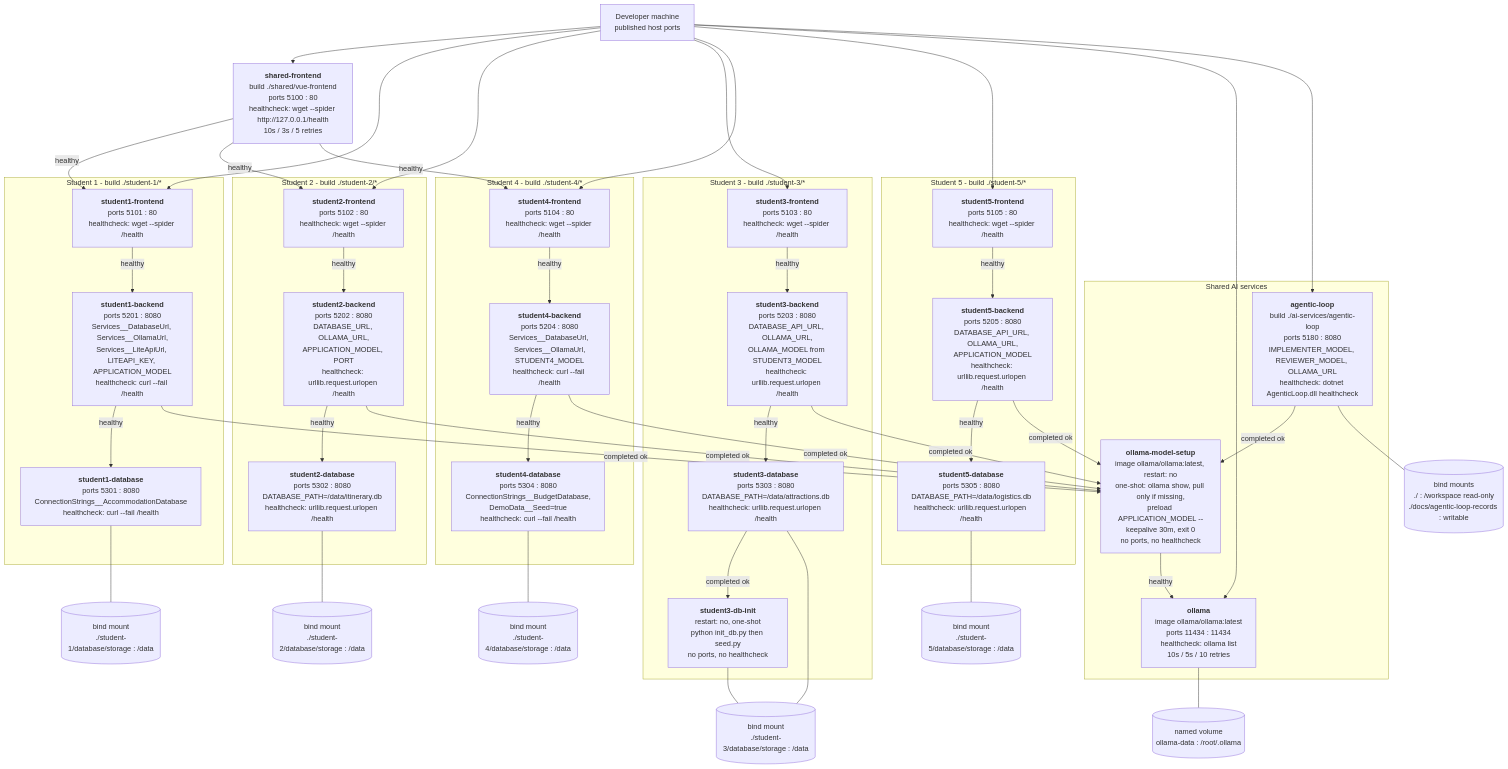
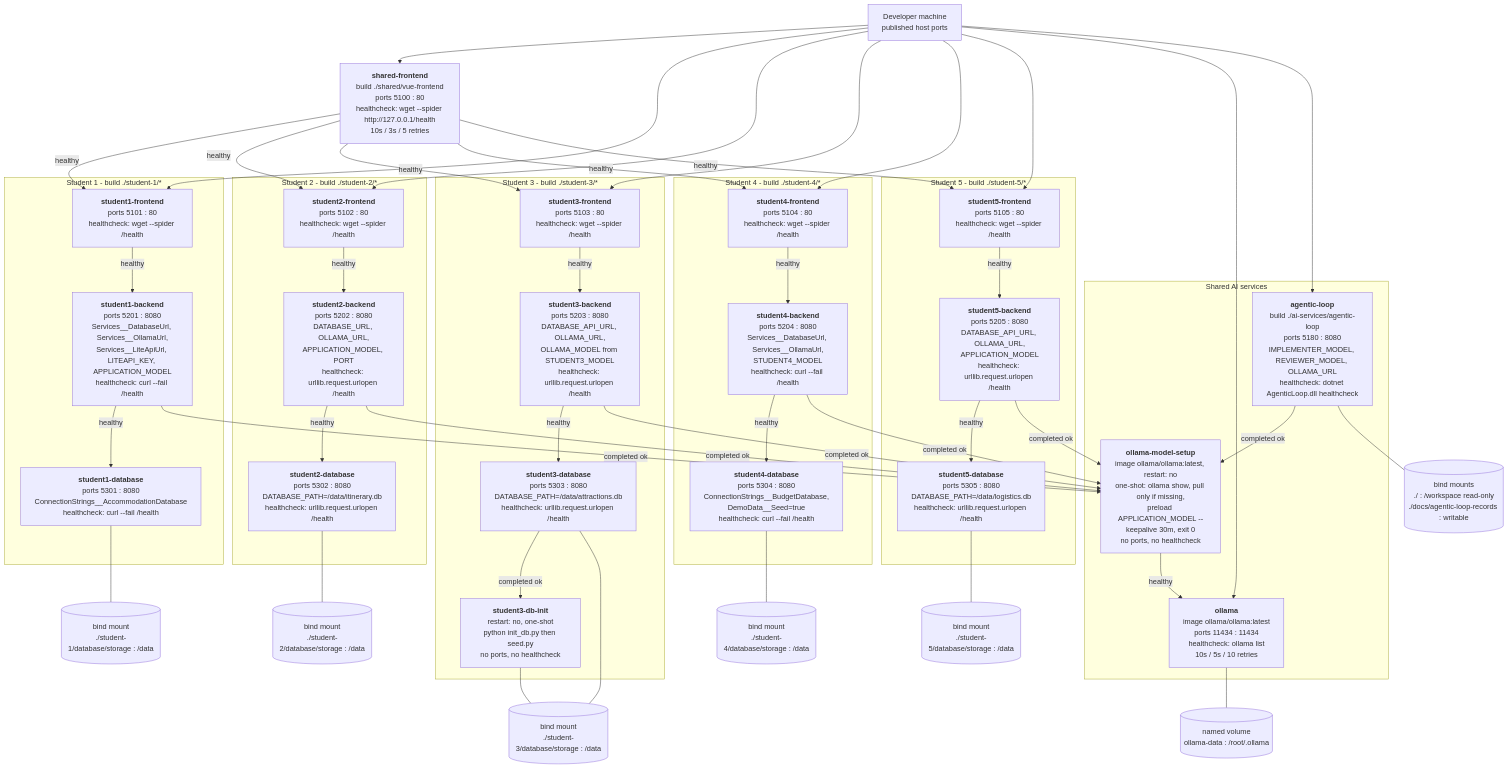
The diagram in docs/release-0/compose-architecture.md (LucLeMoenic/Advanced-Software-Development-Project), drawn with Mermaid before and after one commit. The commit also changed other lines of this file and 5 other files, not shown here.

```diff
--- a/docs/release-0/compose-architecture.md
+++ b/docs/release-0/compose-architecture.md
@@ -73,7 +73,9 @@
 
     gw -->|"healthy"| f1
     gw -->|"healthy"| f2
+    gw -->|"healthy"| f3
     gw -->|"healthy"| f4
+    gw -->|"healthy"| f5
 
     f1 -->|"healthy"| b1
     f2 -->|"healthy"| b2
```
